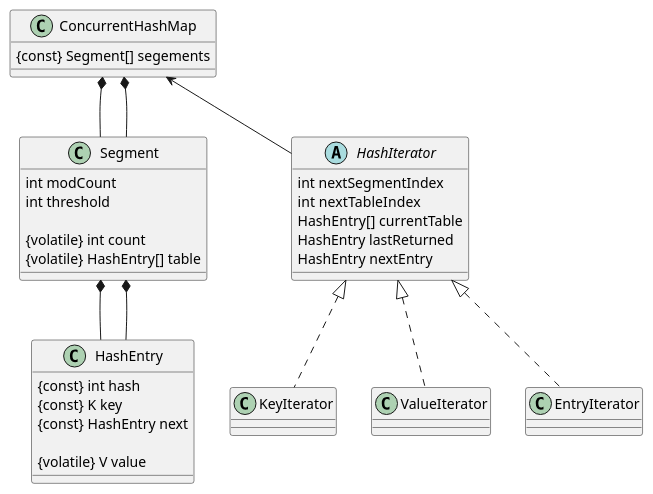
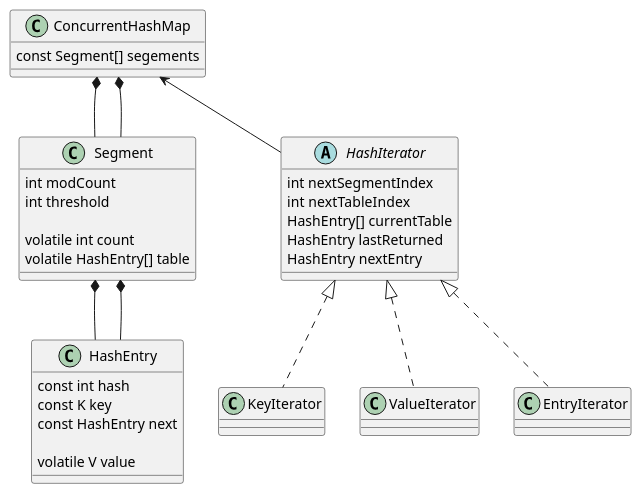
The third of 4 diagrams in Java-Map.md (dfxyz/notes), drawn with PlantUML before and after one commit. The commit also changed other lines of this file and 1 other file, not shown here.

````diff
--- a/Java-Map.md
+++ b/Java-Map.md
@@ -59,37 +59,37 @@
 ```plantuml
 @startuml
 class ConcurrentHashMap {
-    {const} Segment[] segements
+    const Segment[] segements
 }
 class Segment {
     int modCount
     int threshold
 
-    {volatile} int count
-    {volatile} HashEntry[] table
+    volatile int count
+    volatile HashEntry[] table
 }
 class HashEntry {
-    {const} int hash
-    {const} K key
-    {const} HashEntry next
+    const int hash
+    const K key
+    const HashEntry next
 
-    {volatile} V value
+    volatile V value
 }
 abstract class HashIterator {
     int nextSegmentIndex
     int nextTableIndex
     HashEntry[] currentTable
     HashEntry lastReturned
     HashEntry nextEntry
 }
 ConcurrentHashMap *-- Segment
 Segment *-- HashEntry
 
 ConcurrentHashMap *-- Segment
 Segment *-- HashEntry
 ConcurrentHashMap <-- HashIterator
 HashIterator <|.. KeyIterator
 HashIterator <|.. ValueIterator
 HashIterator <|.. EntryIterator
 @enduml
 ```
````
